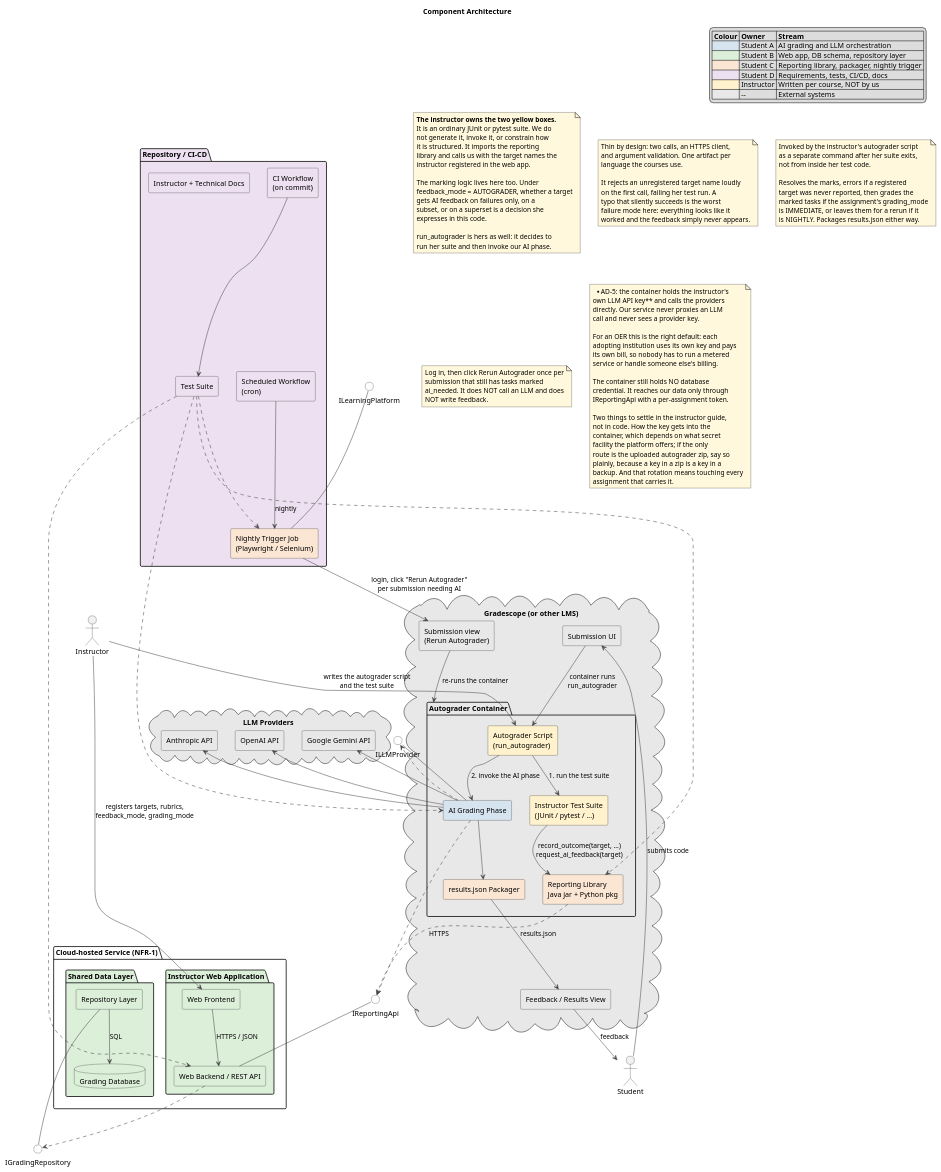
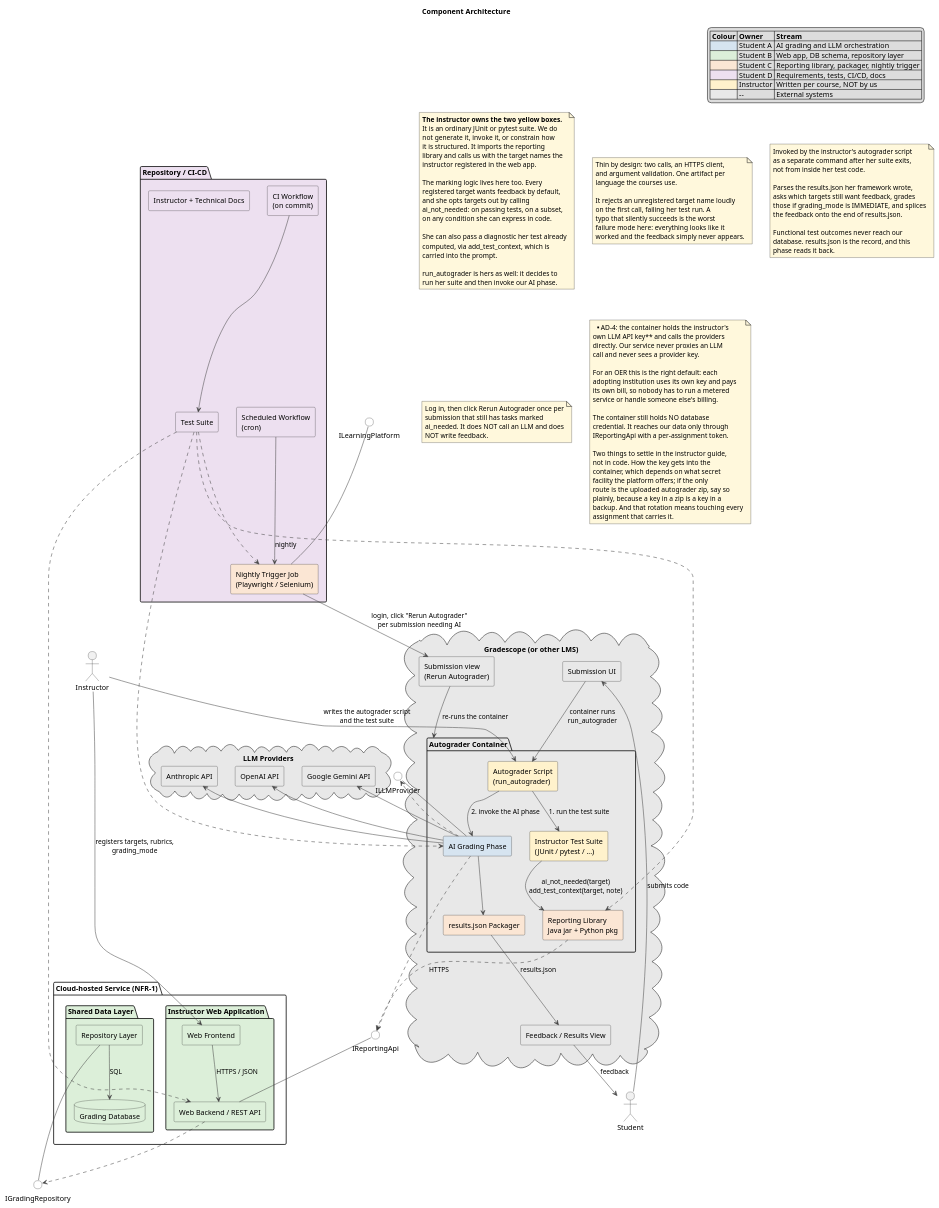
Before and after one commit to AI-Assisted-Autograder/ai-assisted-autograder: the diagram in docs/architecture/01-component.puml, drawn with PlantUML. The commit also changed 9 other files, not shown here.

```diff
--- a/docs/architecture/01-component.puml
+++ b/docs/architecture/01-component.puml
@@ -106,7 +106,7 @@
 ' ---------------------------------------------------------------------
 ' Wiring
 ' ---------------------------------------------------------------------
-instr --> fe : registers targets, rubrics,\nfeedback_mode, grading_mode
+instr --> fe : registers targets, rubrics,\ngrading_mode
 instr --> script : writes the autograder script\nand the test suite
 fe --> be : HTTPS / JSON
 be ..> IRepo
@@ -117,7 +117,7 @@
 script --> tests_i : 1. run the test suite
 script --> aigrade : 2. invoke the AI phase
 
-tests_i --> wrapper : record_outcome(target, ...)\nrequest_ai_feedback(target)
+tests_i --> wrapper : ai_not_needed(target)\nadd_test_context(target, note)
 wrapper ..> IReport : HTTPS
 
 aigrade --> packager
@@ -148,11 +148,15 @@
   library and calls us with the target names the
   instructor registered in the web app.
 
-  The marking logic lives here too. Under
-  feedback_mode = AUTOGRADER, whether a target
-  gets AI feedback on failures only, on a
-  subset, or on a superset is a decision she
-  expresses in this code.
+  The marking logic lives here too. Every
+  registered target wants feedback by default,
+  and she opts targets out by calling
+  ai_not_needed: on passing tests, on a subset,
+  on any condition she can express in code.
+
+  She can also pass a diagnostic her test already
+  computed, via add_test_context, which is
+  carried into the prompt.
 
   run_autograder is hers as well: it decides to
   run her suite and then invoke our AI phase.
@@ -175,11 +179,14 @@
   as a separate command after her suite exits,
   not from inside her test code.
 
-  Resolves the marks, errors if a registered
-  target was never reported, then grades the
-  marked tasks if the assignment's grading_mode
-  is IMMEDIATE, or leaves them for a rerun if it
-  is NIGHTLY. Packages results.json either way.
+  Parses the results.json her framework wrote,
+  asks which targets still want feedback, grades
+  those if grading_mode is IMMEDIATE, and splices
+  the feedback onto the end of results.json.
+
+  Functional test outcomes never reach our
+  database. results.json is the record, and this
+  phase reads it back.
 end note
 
 note as N_TRIG #FFF8DC
@@ -190,7 +197,7 @@
 end note
 
 note as N_KEYS #FFF8DC
-  **AD-5: the container holds the instructor's
+  **AD-4: the container holds the instructor's
   own LLM API key** and calls the providers
   directly. Our service never proxies an LLM
   call and never sees a provider key.
```
